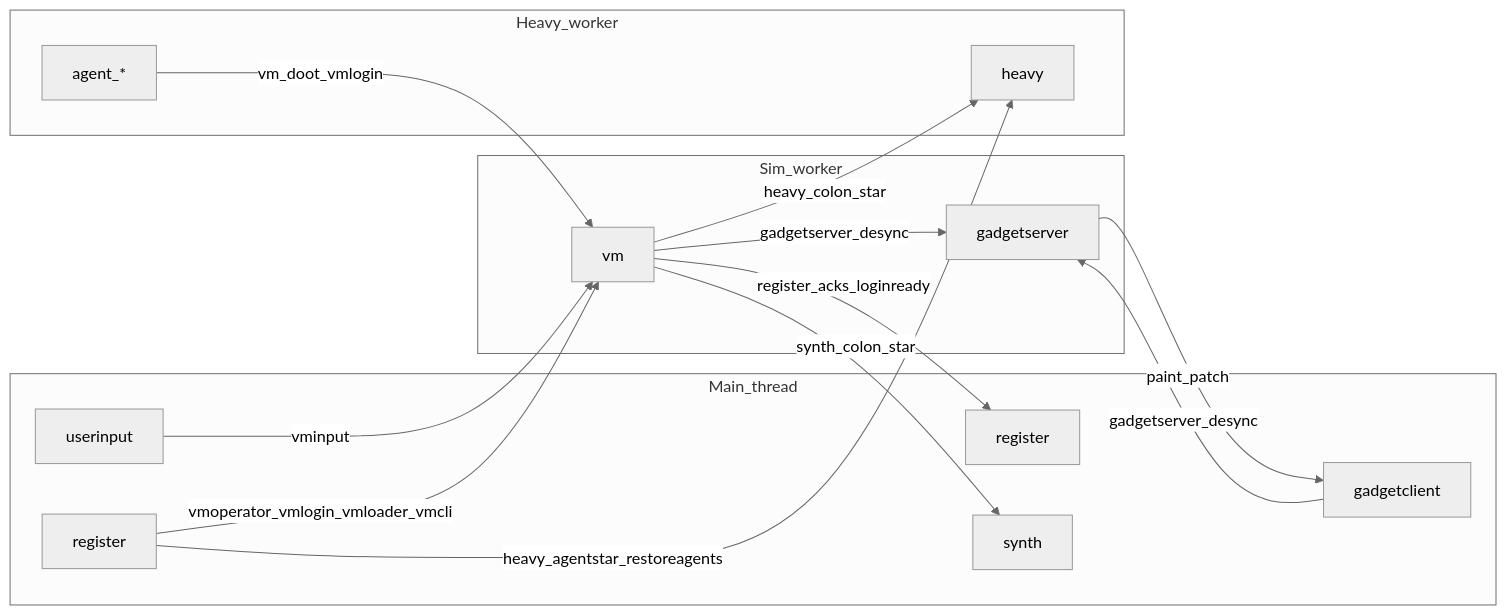
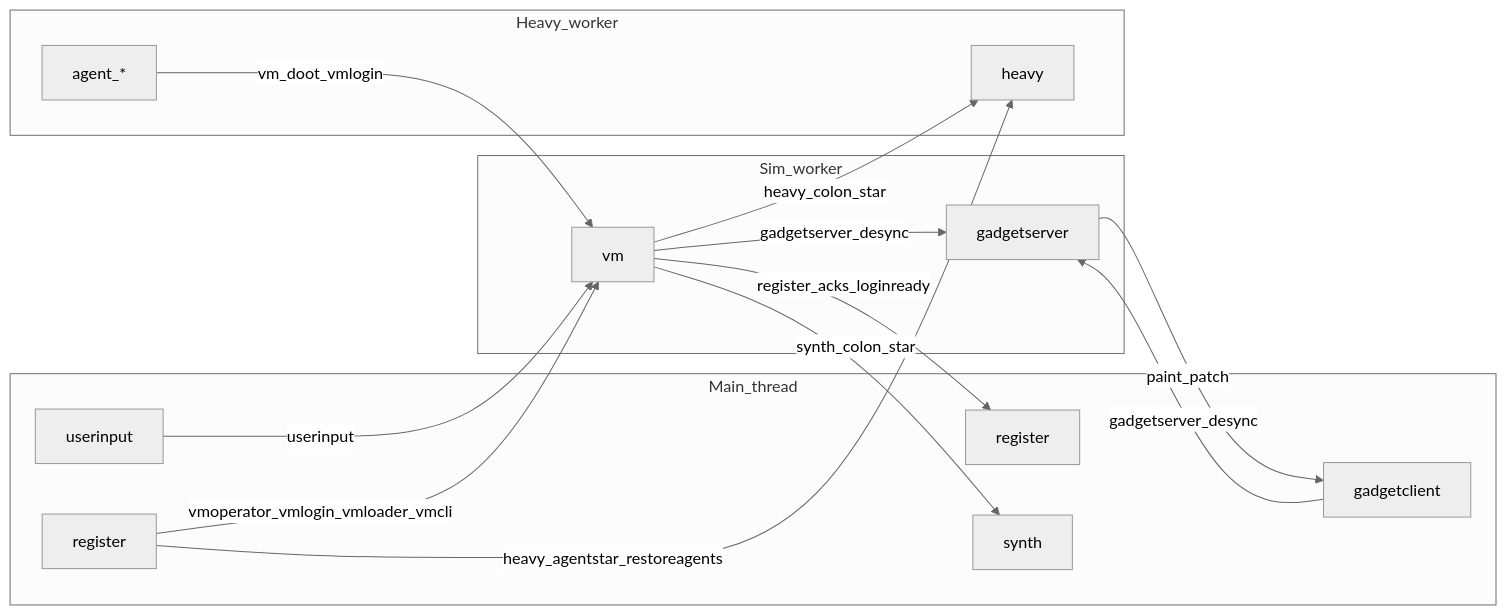
The third of 4 diagrams in zss/device/docs/devices-and-messaging.md (goldbuick/zed-software-system), drawn with Mermaid (neutral theme) before and after one commit. The commit also changed other lines of this file and 24 other files, not shown here.

````diff
--- a/zss/device/docs/devices-and-messaging.md
+++ b/zss/device/docs/devices-and-messaging.md
@@ -169,28 +169,28 @@
 ```mermaid
 flowchart LR
   subgraph Main_thread [Main_thread]
     UI[userinput]
     RegIn[register]
     GC[gadgetclient]
     RegOut[register]
     Sy[synth]
   end
   subgraph Sim_worker [Sim_worker]
     VM[vm]
     GS[gadgetserver]
   end
   subgraph Heavy_worker [Heavy_worker]
     Hy[heavy]
     Ag[agent_*]
   end
-  UI -->|vminput| VM
+  UI -->|userinput| VM
   RegIn -->|vmoperator_vmlogin_vmloader_vmcli| VM
   VM -->|register_acks_loginready| RegOut
   VM -->|gadgetserver_desync| GS
   GS -->|paint_patch| GC
   GC -->|gadgetserver_desync| GS
   VM -->|heavy_colon_star| Hy
   VM -->|synth_colon_star| Sy
   RegIn -->|heavy_agentstar_restoreagents| Hy
   Ag -->|vm_doot_vmlogin| VM
 ```
````
